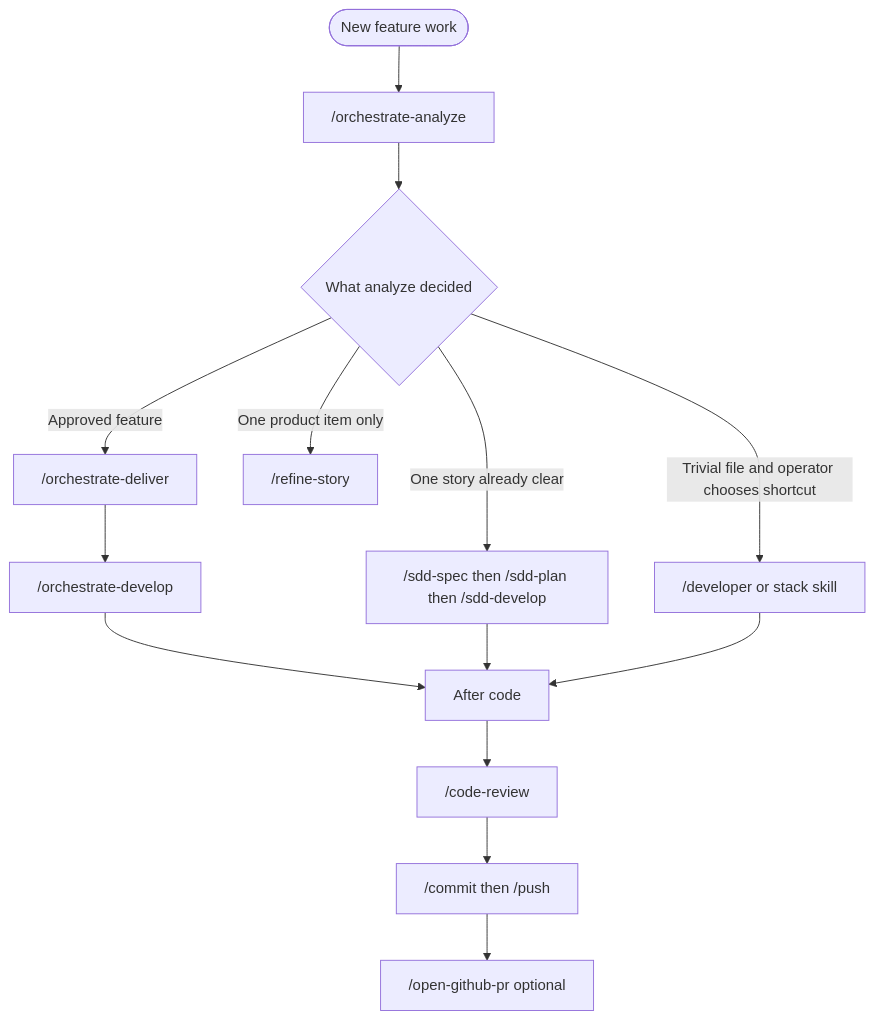
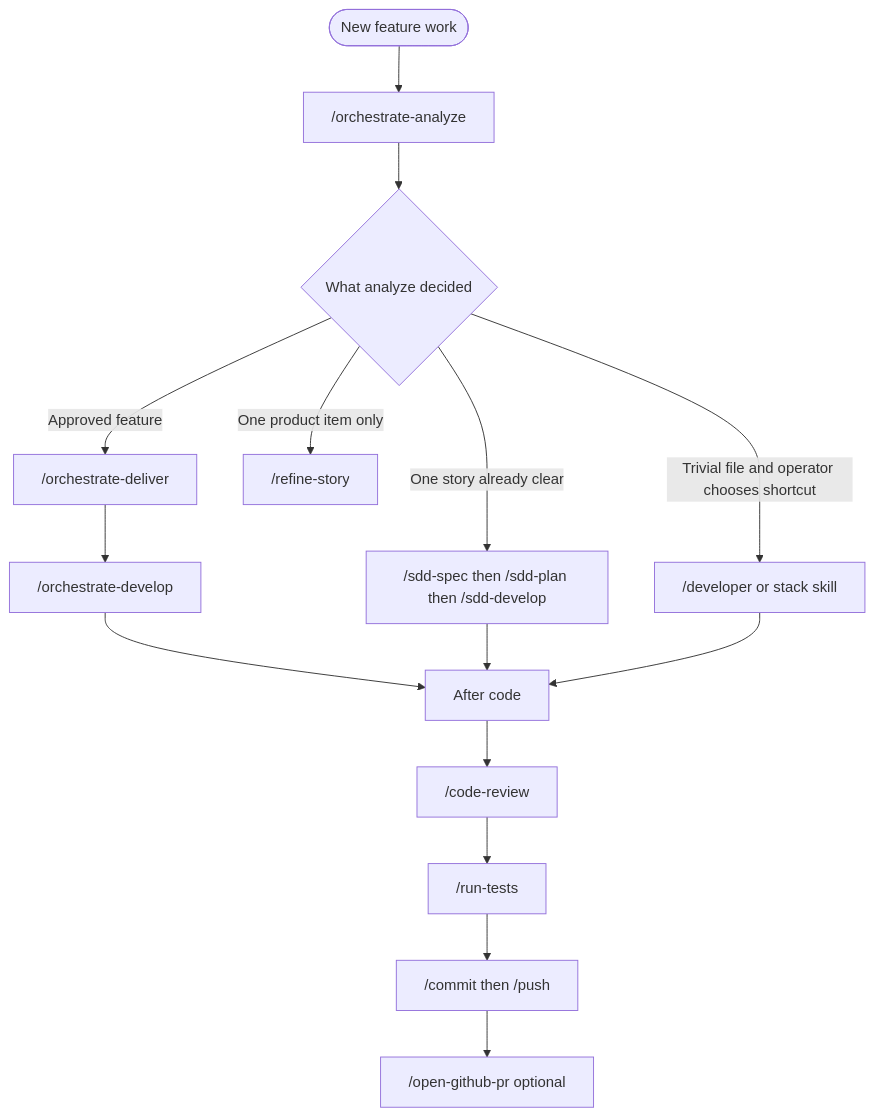
One commit to tibursocampos/agent-dev-toolkit changed the diagram in docs/guides/README.md. Above: the diagram before and after it, drawn with Mermaid. The commit also changed other lines of this file and 20 other files, not shown here.

````diff
--- a/docs/guides/README.md
+++ b/docs/guides/README.md
@@ -31,16 +31,17 @@
 ```mermaid
 flowchart TD
   Start([New feature work]) --> O1["/orchestrate-analyze"]
   O1 --> Decide{What analyze decided}
   Decide -->|Approved feature| O2["/orchestrate-deliver"]
   O2 --> O3["/orchestrate-develop"]
   Decide -->|One story already clear| Direct["/sdd-spec then /sdd-plan then /sdd-develop"]
   Decide -->|One product item only| Shape["/refine-story"]
   Decide -->|Trivial file and operator chooses shortcut| Small["/developer or stack skill"]
   O3 --> Post
   Direct --> Post
   Small --> Post
   Post[After code] --> CR["/code-review"]
-  CR --> Commit["/commit then /push"]
+  CR --> Tests["/run-tests"]
+  Tests --> Commit["/commit then /push"]
   Commit --> PR["/open-github-pr optional"]
 ```
````
